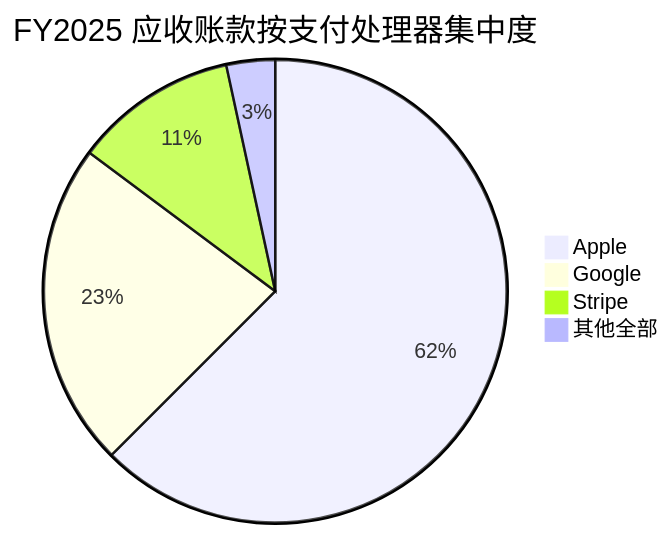
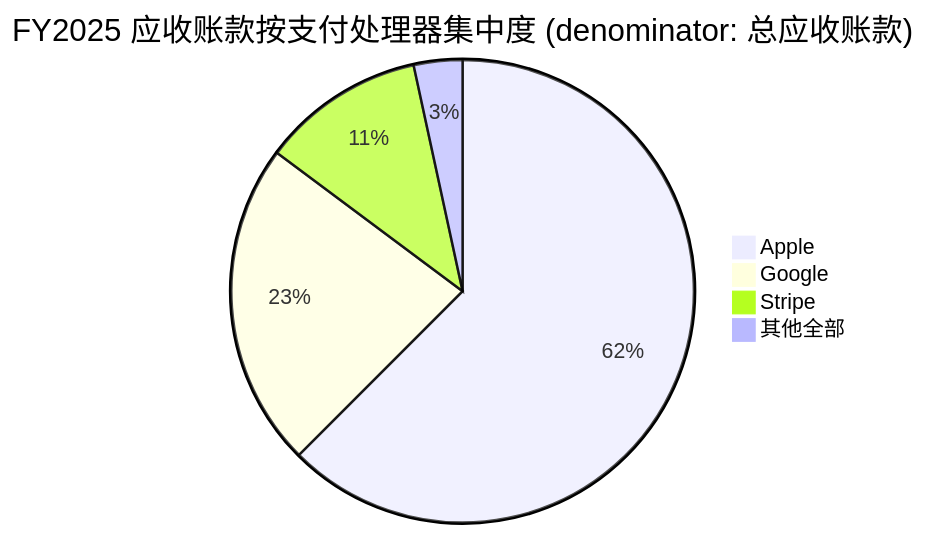
Before and after one commit to dadachundan/financial_agent: the sixth of 8 diagrams in reports/company/Duolingo_NASDAQ_DUOL/Duolingo_NASDAQ_DUOL_公司研究.md, drawn with Mermaid. The commit also changed other lines of this file and 15 other files, not shown here.

````diff
--- a/reports/company/Duolingo_NASDAQ_DUOL/Duolingo_NASDAQ_DUOL_公司研究.md
+++ b/reports/company/Duolingo_NASDAQ_DUOL/Duolingo_NASDAQ_DUOL_公司研究.md
@@ -226,7 +752,7 @@
 ```mermaid
-pie title FY2025 应收账款按支付处理器集中度
+pie title FY2025 应收账款按支付处理器集中度 (denominator: 总应收账款)
     "Apple" : 62.5
     "Google" : 22.7
     "Stripe" : 11.4
     "其他全部" : 3.4
 ```
````
